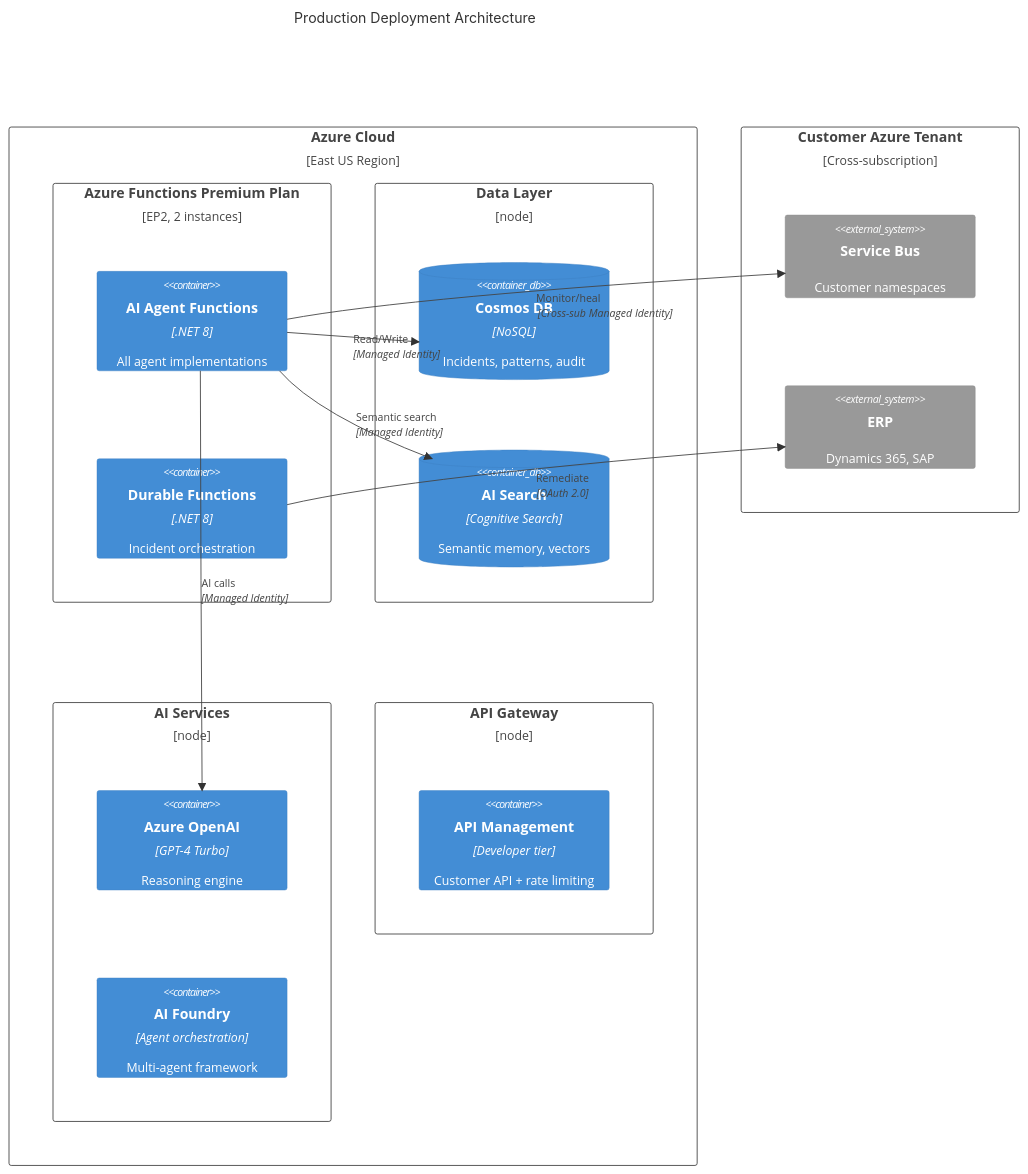
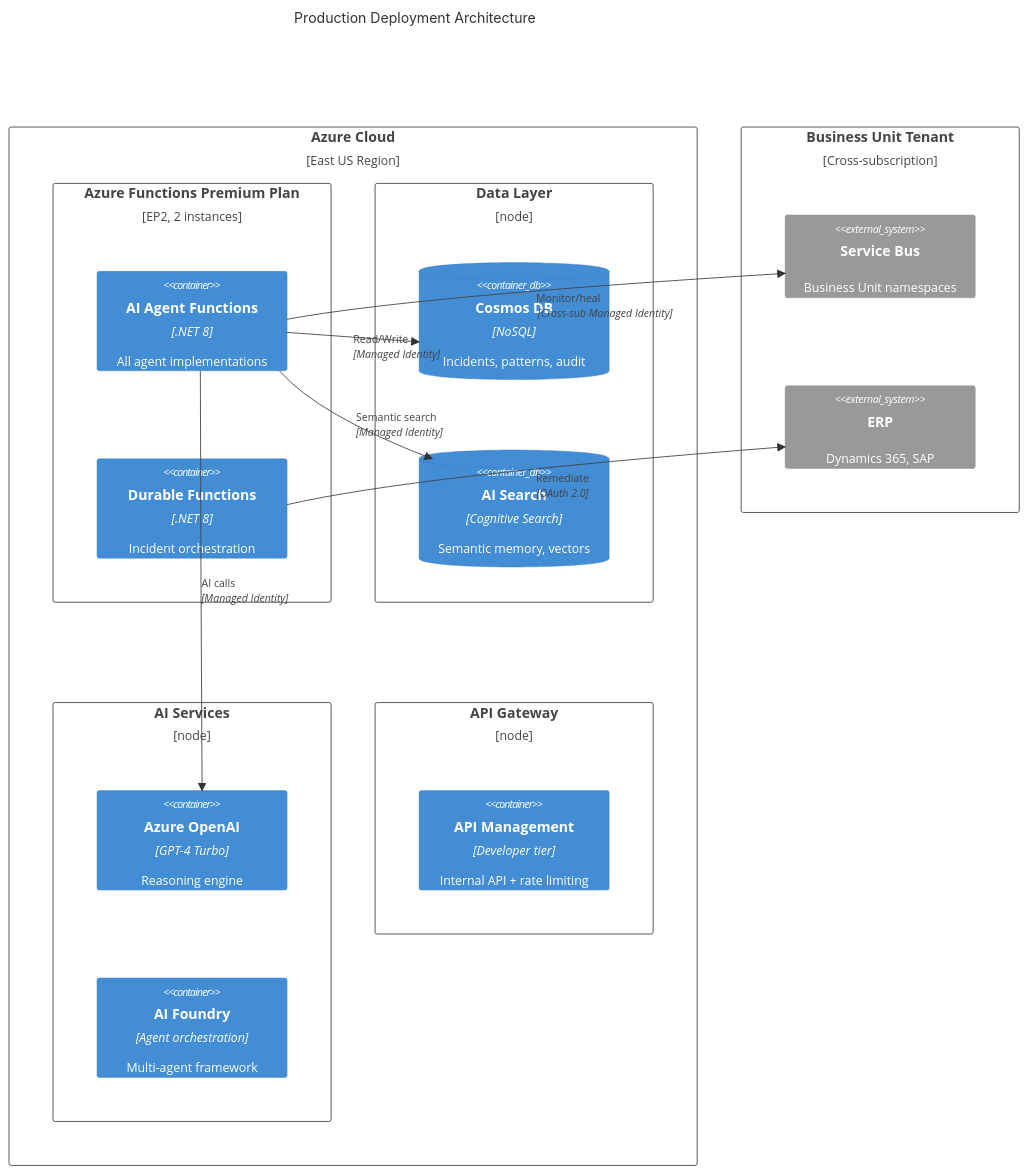
The seventh of 9 diagrams in docs/01-Technical-Architecture.md (mayankgupta7673/Continuum-Ops), drawn with Mermaid before and after one commit. The commit also changed other lines of this file and 8 other files, not shown here.

````diff
--- a/docs/01-Technical-Architecture.md
+++ b/docs/01-Technical-Architecture.md
@@ -827,36 +423,36 @@
 ```mermaid
 C4Deployment
     title Production Deployment Architecture
 
     Deployment_Node(azure, "Azure Cloud", "East US Region") {
         Deployment_Node(func_plan, "Azure Functions Premium Plan", "EP2, 2 instances") {
             Container(agents, "AI Agent Functions", ".NET 8", "All agent implementations")
             Container(orchestrator, "Durable Functions", ".NET 8", "Incident orchestration")
         }
         
         Deployment_Node(data, "Data Layer") {
             ContainerDb(cosmos, "Cosmos DB", "NoSQL", "Incidents, patterns, audit")
             ContainerDb(aisearch, "AI Search", "Cognitive Search", "Semantic memory, vectors")
         }
         
         Deployment_Node(ai, "AI Services") {
             Container(openai, "Azure OpenAI", "GPT-4 Turbo", "Reasoning engine")
             Container(aifoundry, "AI Foundry", "Agent orchestration", "Multi-agent framework")
         }
         
         Deployment_Node(gateway, "API Gateway") {
-            Container(apim, "API Management", "Developer tier", "Customer API + rate limiting")
+            Container(apim, "API Management", "Developer tier", "Internal API + rate limiting")
         }
     }
     
-    Deployment_Node(customer_env, "Customer Azure Tenant", "Cross-subscription") {
-        System_Ext(sb, "Service Bus", "Customer namespaces")
+    Deployment_Node(customer_env, "Business Unit Tenant", "Cross-subscription") {
+        System_Ext(sb, "Service Bus", "Business Unit namespaces")
         System_Ext(erp, "ERP", "Dynamics 365, SAP")
     }
     
     Rel(agents, cosmos, "Read/Write", "Managed Identity")
     Rel(agents, aisearch, "Semantic search", "Managed Identity")
     Rel(agents, openai, "AI calls", "Managed Identity")
     Rel(agents, sb, "Monitor/heal", "Cross-sub Managed Identity")
     Rel(orchestrator, erp, "Remediate", "OAuth 2.0")
 ```
````
